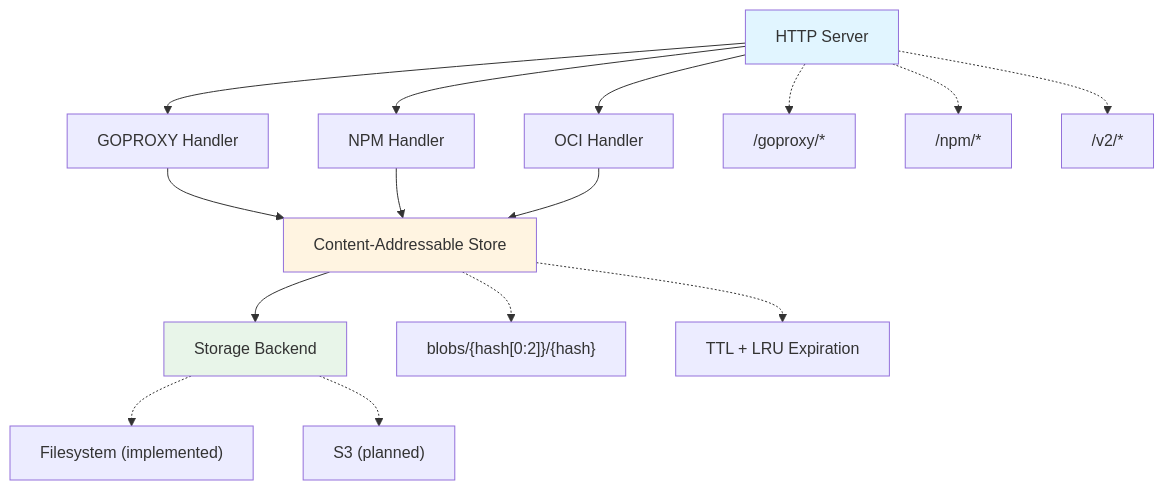
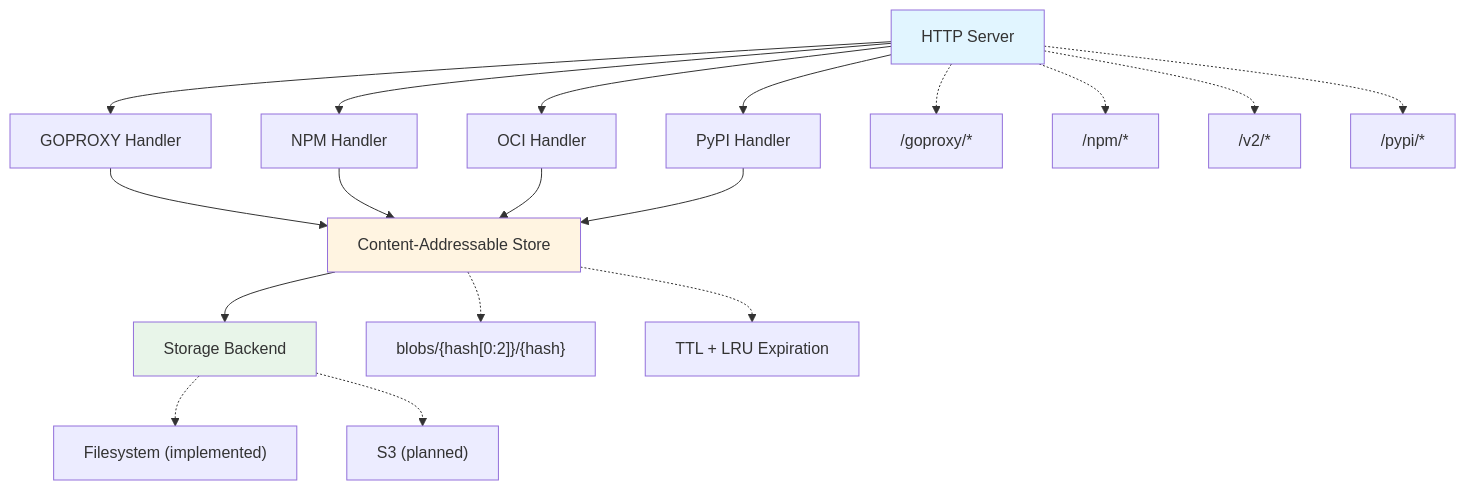
One commit to wolfeidau/content-cache changed the diagram in README.md. Above: the diagram before and after it, drawn with Mermaid. The commit also changed other lines of this file and 9 other files, not shown here.

````diff
--- a/README.md
+++ b/README.md
@@ -68,26 +76,29 @@
 ```mermaid
 graph TD
     A[HTTP Server] --> B[GOPROXY Handler]
     A --> C[NPM Handler]
     A --> D[OCI Handler]
+    A --> G[PyPI Handler]
 
     B --> E[Content-Addressable Store]
     C --> E
     D --> E
+    G --> E
 
     E --> F[Storage Backend]
 
     A -.-> A1["/goproxy/*"]
     A -.-> A2["/npm/*"]
     A -.-> A3["/v2/*"]
+    A -.-> A4["/pypi/*"]
 
     E -.-> E1["blobs/{hash[0:2]}/{hash}"]
     E -.-> E2["TTL + LRU Expiration"]
 
     F -.-> F1["Filesystem (implemented)"]
     F -.-> F2["S3 (planned)"]
 
     style A fill:#e1f5ff
     style E fill:#fff4e1
     style F fill:#e8f5e9
 ```
````
